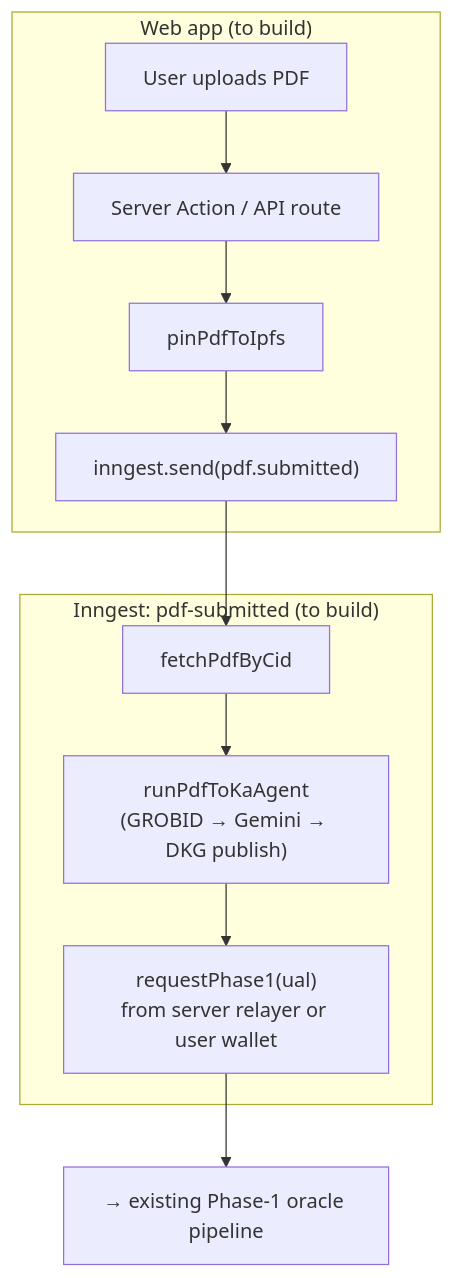
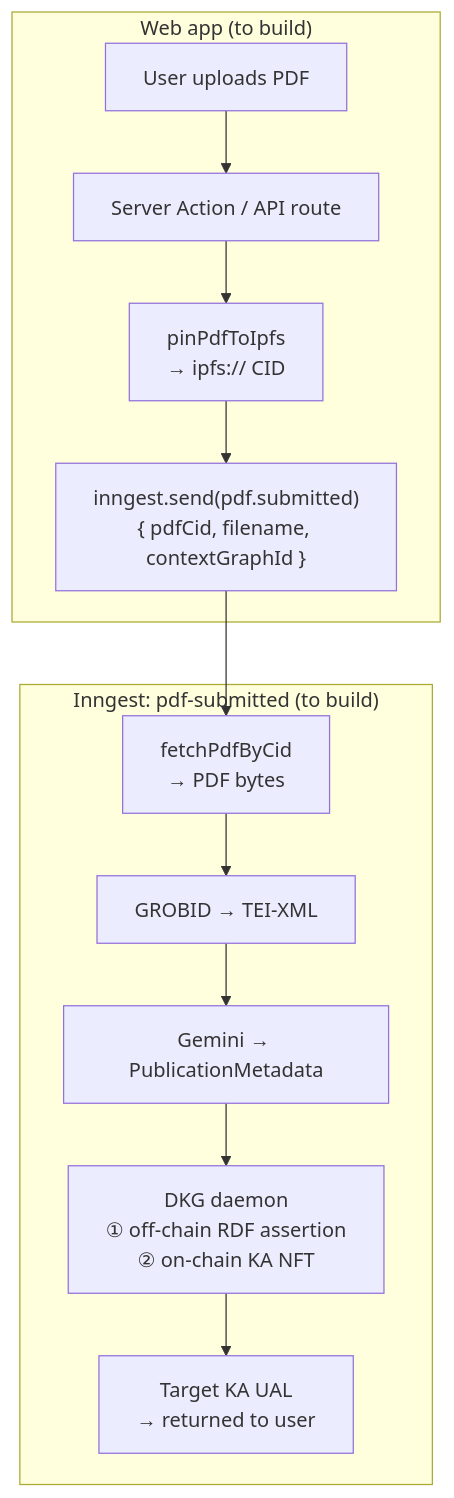
The second of 3 diagrams in README.md (SiegfriedBz/desci-rating-dapp), drawn with Mermaid before and after one commit. The commit also changed other lines of this file, not shown here.

Commit message:
docs: expand architecture diagrams — explicit DKG dual publish, R-KA quads, split planned web flows

````diff
--- a/README.md
+++ b/README.md
@@ -75,14 +76,15 @@
 ```mermaid
 flowchart TD
-  subgraph web["Web app (to build)"]
+  subgraph web_ingest["Web app (to build)"]
     UP["User uploads PDF"] --> SA["Server Action / API route"]
-    SA --> PIN2["pinPdfToIpfs"]
-    PIN2 --> INN2["inngest.send(pdf.submitted)"]
+    SA --> PIN2["pinPdfToIpfs\n→ ipfs:// CID"]
+    PIN2 --> INN2["inngest.send(pdf.submitted)\n{ pdfCid, filename, contextGraphId }"]
   end
-  subgraph ingest_fn["Inngest: pdf-submitted (to build)"]
-    INN2 --> FETCHPDF["fetchPdfByCid"]
-    FETCHPDF --> AGENT["runPdfToKaAgent\n(GROBID → Gemini → DKG publish)"]
-    AGENT --> REQ["requestPhase1(ual)\nfrom server relayer or user wallet"]
+  subgraph fn_ingest["Inngest: pdf-submitted (to build)"]
+    INN2 --> FETCHPDF["fetchPdfByCid\n→ PDF bytes"]
+    FETCHPDF --> GROBID2["GROBID → TEI-XML"]
+    GROBID2 --> META2["Gemini → PublicationMetadata"]
+    META2 --> DAEMON2["DKG daemon\n① off-chain RDF assertion\n② on-chain KA NFT"]
+    DAEMON2 --> UAL2["Target KA UAL\n→ returned to user"]
   end
-  REQ --> existing["→ existing Phase-1 oracle pipeline"]
 ```
````
